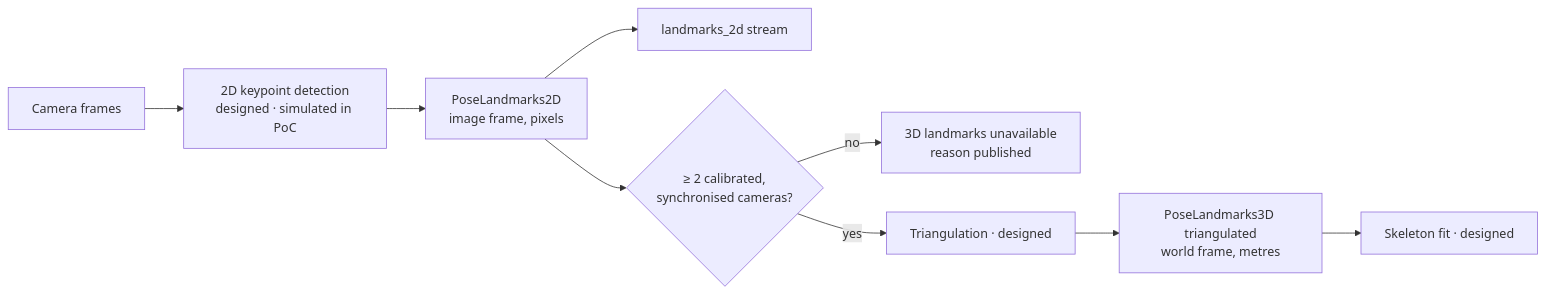
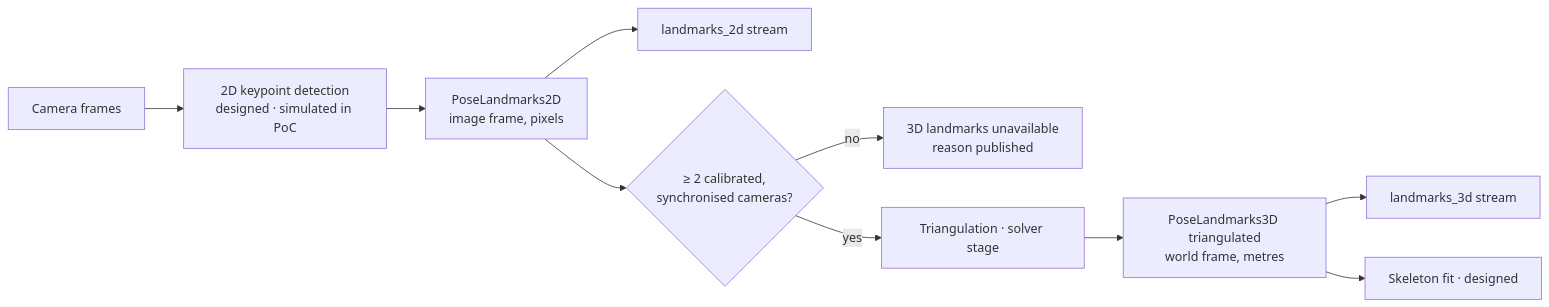
The fifth of 8 diagrams in docs/02-architecture.md (danielsobrado/Bansayo), drawn with Mermaid before and after one commit. The commit also changed other lines of this file and 184 other files, not shown here.

````diff
--- a/docs/02-architecture.md
+++ b/docs/02-architecture.md
@@ -204,11 +204,12 @@
 ```mermaid
 flowchart LR
   C["Camera frames"] --> D["2D keypoint detection<br/>designed · simulated in PoC"]
   D --> L2["PoseLandmarks2D<br/>image frame, pixels"]
   L2 --> OUT1["landmarks_2d stream"]
   L2 --> TRI{"≥ 2 calibrated,<br/>synchronised cameras?"}
   TRI -- no --> GAP["3D landmarks unavailable<br/>reason published"]
-  TRI -- yes --> T3["Triangulation · designed"]
+  TRI -- yes --> T3["Triangulation · solver stage"]
   T3 --> L3["PoseLandmarks3D triangulated<br/>world frame, metres"]
+  L3 --> OUT2["landmarks_3d stream"]
   L3 --> SK["Skeleton fit · designed"]
 ```
````
